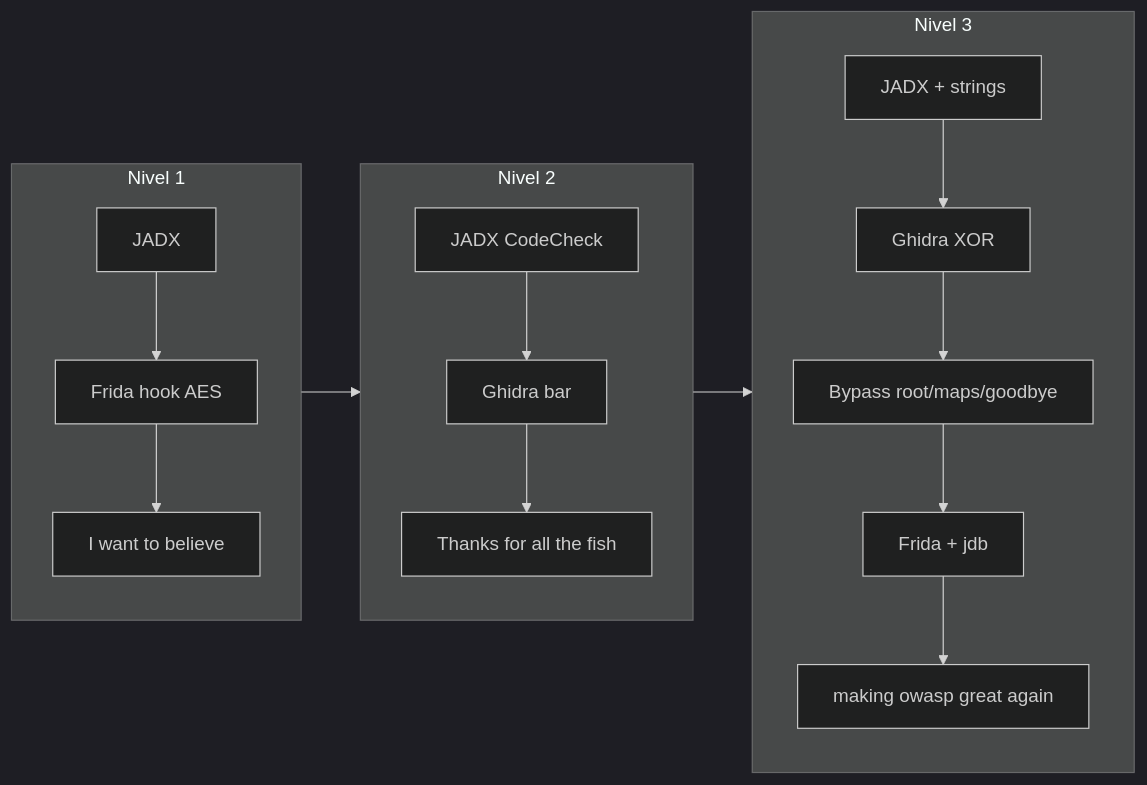
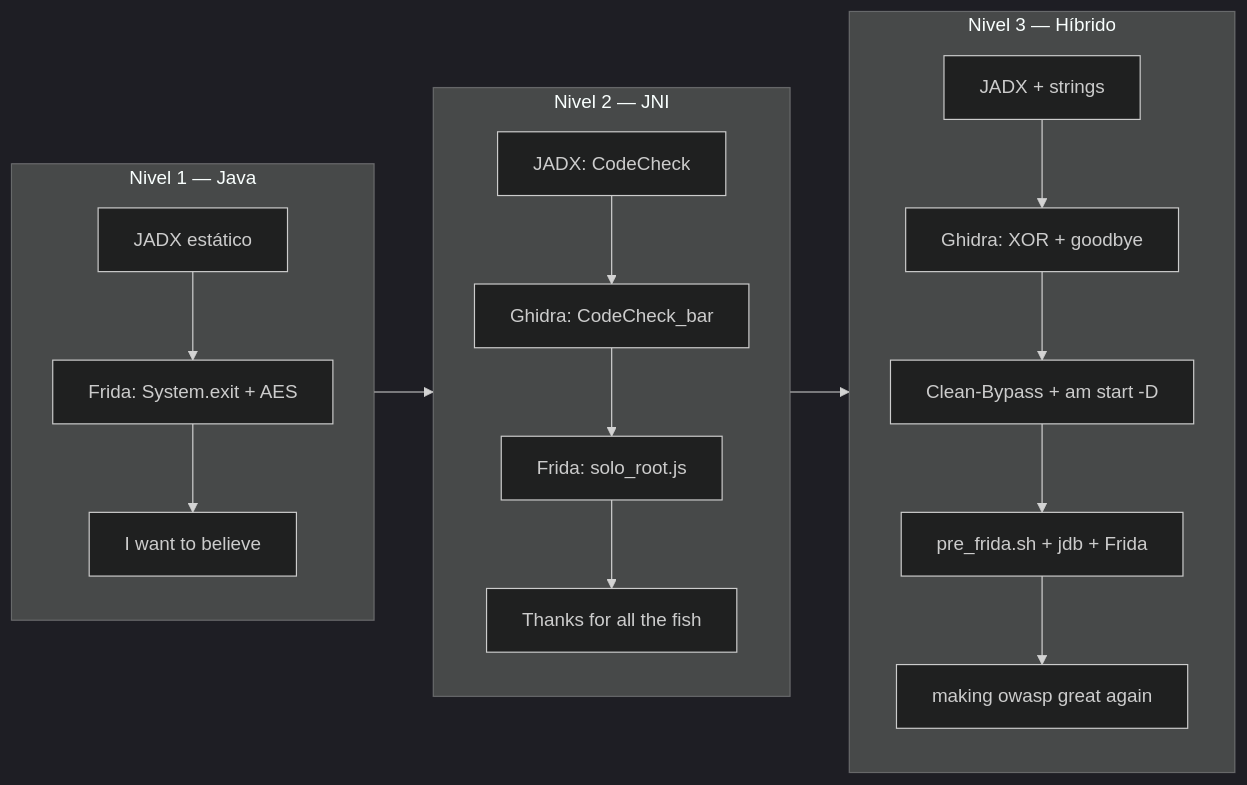
Before and after one commit to alejandroquinonesgamez/Uncrackables: the diagram in Memoria.md, drawn with Mermaid (dark theme). The commit also changed other lines of this file and 1 other file, not shown here.

First line of the commit message:
Actualizar Memoria.md: tono formal, capturas y diagrama Mermaid.

````diff
--- a/Memoria.md
+++ b/Memoria.md
@@ -23,18 +24,19 @@
 ```mermaid
 flowchart LR
-  subgraph L1 [Nivel 1]
-    J1[JADX] --> F1[Frida hook AES]
+  subgraph N1 [Nivel 1 — Java]
+    J1[JADX estático] --> F1["Frida: System.exit + AES"]
     F1 --> K1["I want to believe"]
   end
-  subgraph L2 [Nivel 2]
-    J2[JADX CodeCheck] --> G2[Ghidra bar]
-    G2 --> K2["Thanks for all the fish"]
+  subgraph N2 [Nivel 2 — JNI]
+    J2[JADX: CodeCheck] --> G2["Ghidra: CodeCheck_bar"]
+    G2 --> V2["Frida: solo_root.js"]
+    V2 --> K2["Thanks for all the fish"]
   end
-  subgraph L3 [Nivel 3]
-    J3[JADX + strings] --> G3[Ghidra XOR]
-    G3 --> B3[Bypass root/maps/goodbye]
-    B3 --> F3[Frida + jdb]
-    F3 --> K3["making owasp great again"]
+  subgraph N3 [Nivel 3 — Híbrido]
+    J3["JADX + strings"] --> G3["Ghidra: XOR + goodbye"]
+    G3 --> B3["Clean-Bypass + am start -D"]
+    B3 --> P3["pre_frida.sh + jdb + Frida"]
+    P3 --> K3["making owasp great again"]
   end
-  L1 --> L2 --> L3
+  N1 --> N2 --> N3
 ```
````
